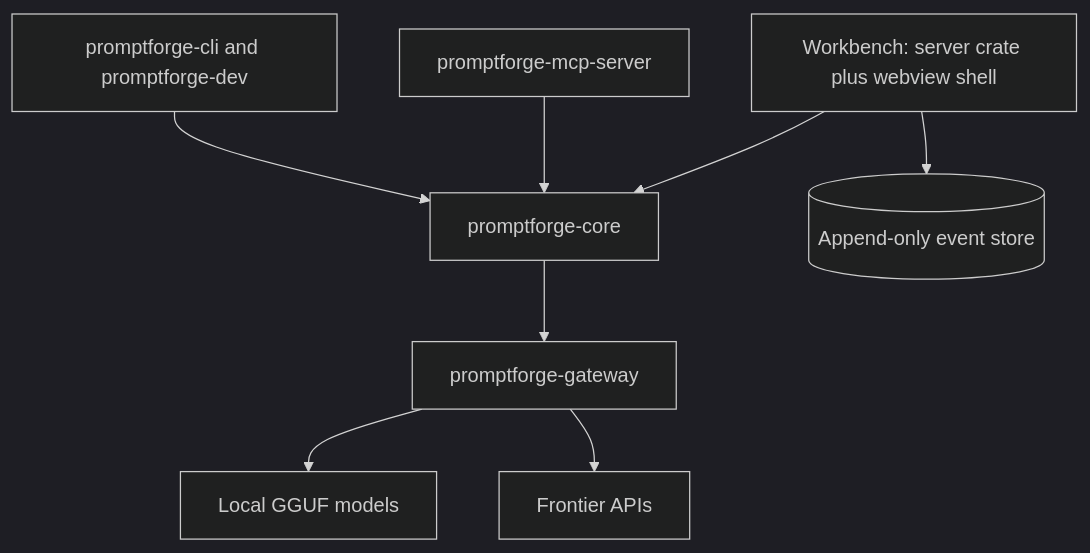
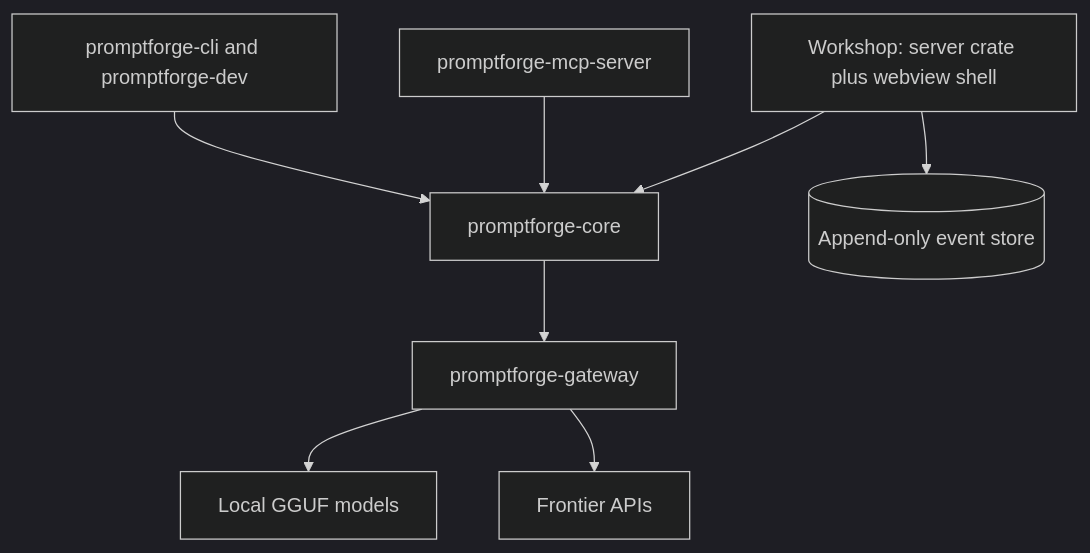
The first of 2 diagrams in design/what-promptforge-is.md (cppalliance/promptforge), drawn with Mermaid (dark theme) before and after one commit. The commit also changed other lines of this file, not shown here.

First line of the commit message:
Rename Workbench references in design overview

````diff
--- a/design/what-promptforge-is.md
+++ b/design/what-promptforge-is.md
@@ -47,10 +47,10 @@
 ```mermaid
 flowchart TD
-    WB["Workbench: server crate plus webview shell"] --> CORE[promptforge-core]
+    WB["Workshop: server crate plus webview shell"] --> CORE[promptforge-core]
     WB --> DB[(Append-only event store)]
     MCP[promptforge-mcp-server] --> CORE
     CLI["promptforge-cli and promptforge-dev"] --> CORE
     CORE --> GW[promptforge-gateway]
     GW --> LOCAL[Local GGUF models]
     GW --> FRONTIER[Frontier APIs]
 ```
````
